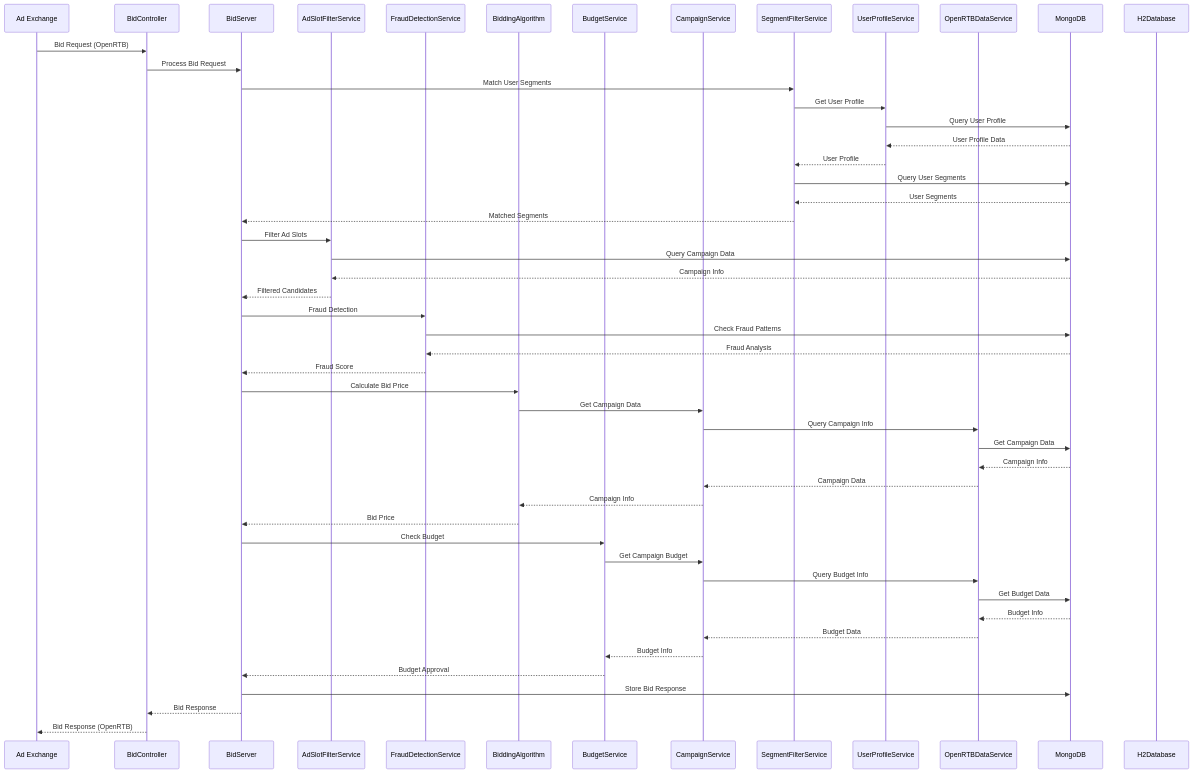
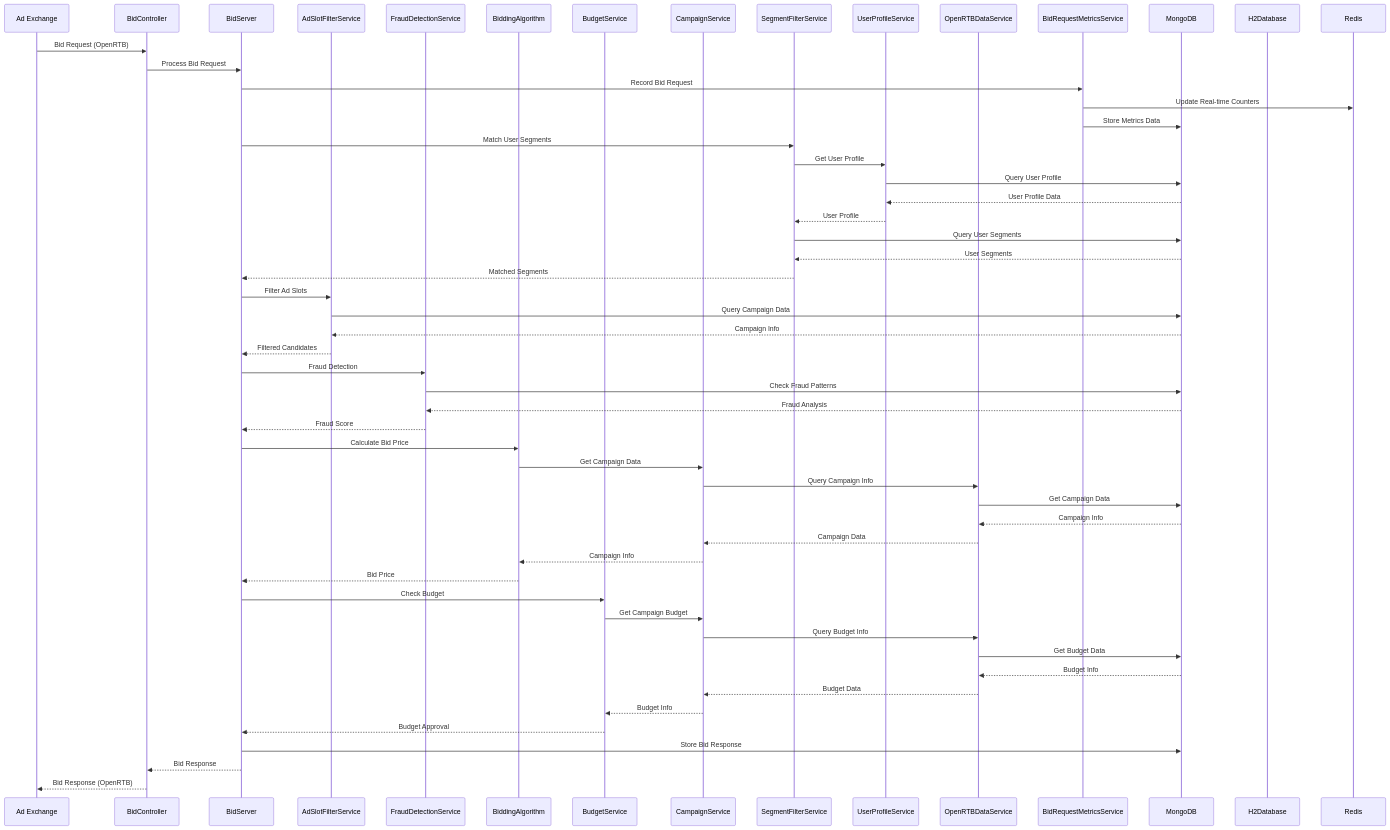
Before and after one commit to songfei1983/play-spring-boot-api: the second of 4 diagrams in architecture-diagram.md, drawn with Mermaid. The commit also changed other lines of this file, not shown here.

````diff
--- a/architecture-diagram.md
+++ b/architecture-diagram.md
@@ -259,61 +273,68 @@
 ```mermaid
 sequenceDiagram
     participant ADX as Ad Exchange
     participant BC as BidController
     participant BS as BidServer
     participant ASF as AdSlotFilterService
     participant FDS as FraudDetectionService
     participant BA as BiddingAlgorithm
     participant BUS as BudgetService
     participant CS as CampaignService
     participant SFS as SegmentFilterService
     participant UPFS as UserProfileService
     participant ORDS as OpenRTBDataService
+    participant BRMS as BidRequestMetricsService
     participant MONGO as MongoDB
     participant H2 as H2Database
+    participant REDIS as Redis
     
     ADX->>BC: Bid Request (OpenRTB)
     BC->>BS: Process Bid Request
+    
+    %% 统计记录
+    BS->>BRMS: Record Bid Request
+    BRMS->>REDIS: Update Real-time Counters
+    BRMS->>MONGO: Store Metrics Data
     
     %% 用户画像和分段匹配
     BS->>SFS: Match User Segments
     SFS->>UPFS: Get User Profile
     UPFS->>MONGO: Query User Profile
     MONGO-->>UPFS: User Profile Data
     UPFS-->>SFS: User Profile
     SFS->>MONGO: Query User Segments
     MONGO-->>SFS: User Segments
     SFS-->>BS: Matched Segments
     
     BS->>ASF: Filter Ad Slots
     ASF->>MONGO: Query Campaign Data
     MONGO-->>ASF: Campaign Info
     ASF-->>BS: Filtered Candidates
     
     BS->>FDS: Fraud Detection
     FDS->>MONGO: Check Fraud Patterns
     MONGO-->>FDS: Fraud Analysis
     FDS-->>BS: Fraud Score
     
     BS->>BA: Calculate Bid Price
     BA->>CS: Get Campaign Data
     CS->>ORDS: Query Campaign Info
     ORDS->>MONGO: Get Campaign Data
     MONGO-->>ORDS: Campaign Info
     ORDS-->>CS: Campaign Data
     CS-->>BA: Campaign Info
     BA-->>BS: Bid Price
     
     BS->>BUS: Check Budget
     BUS->>CS: Get Campaign Budget
     CS->>ORDS: Query Budget Info
     ORDS->>MONGO: Get Budget Data
     MONGO-->>ORDS: Budget Info
     ORDS-->>CS: Budget Data
     CS-->>BUS: Budget Info
     BUS-->>BS: Budget Approval
     
     BS->>MONGO: Store Bid Response
     BS-->>BC: Bid Response
     BC-->>ADX: Bid Response (OpenRTB)
 ```
````
